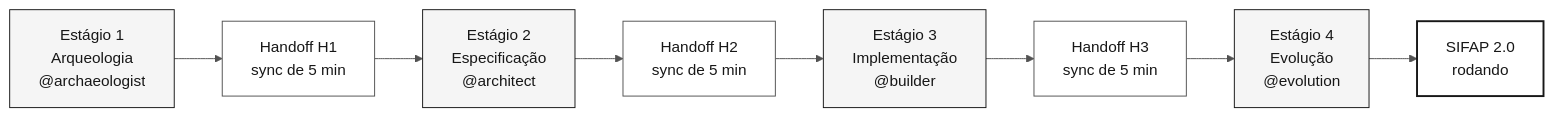
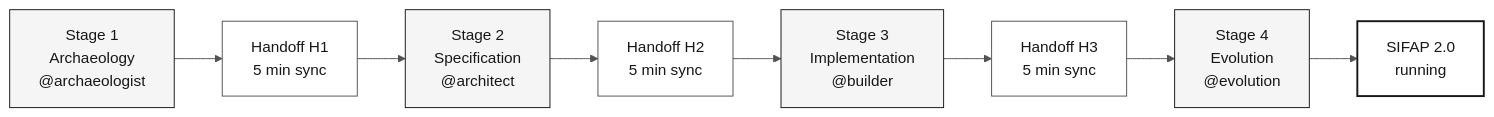
One commit to serpro-workshop-fortaleza/sifap-Heitor changed the diagram in README.md. Above: the diagram before and after it, drawn with Mermaid. The commit also changed other lines of this file and 365 other files, not shown here.

````diff
--- a/README.md
+++ b/README.md
@@ -57,18 +78,18 @@
 ```mermaid
 %%{init: {'theme':'neutral','themeVariables':{'fontFamily':'ui-sans-serif, system-ui, sans-serif','primaryColor':'#F5F5F5','primaryTextColor':'#171717','primaryBorderColor':'#171717','lineColor':'#525252','secondaryColor':'#FFFFFF','tertiaryColor':'#FAFAFA','background':'#FFFFFF'}}}%%
 flowchart LR
     classDef step fill:#F5F5F5,stroke:#171717,color:#171717
     classDef handoff fill:#FFFFFF,stroke:#525252,color:#171717
     classDef result fill:#FFFFFF,stroke:#171717,color:#171717,stroke-width:2px
 
-    E1["Estágio 1<br/>Arqueologia<br/>@archaeologist"]:::step
-    H1["Handoff H1<br/>sync de 5 min"]:::handoff
-    E2["Estágio 2<br/>Especificação<br/>@architect"]:::step
-    H2["Handoff H2<br/>sync de 5 min"]:::handoff
-    E3["Estágio 3<br/>Implementação<br/>@builder"]:::step
-    H3["Handoff H3<br/>sync de 5 min"]:::handoff
-    E4["Estágio 4<br/>Evolução<br/>@evolution"]:::step
-    R["SIFAP 2.0<br/>rodando"]:::result
+    E1["Stage 1<br/>Archaeology<br/>@archaeologist"]:::step
+    H1["Handoff H1<br/>5 min sync"]:::handoff
+    E2["Stage 2<br/>Specification<br/>@architect"]:::step
+    H2["Handoff H2<br/>5 min sync"]:::handoff
+    E3["Stage 3<br/>Implementation<br/>@builder"]:::step
+    H3["Handoff H3<br/>5 min sync"]:::handoff
+    E4["Stage 4<br/>Evolution<br/>@evolution"]:::step
+    R["SIFAP 2.0<br/>running"]:::result
 
     E1 --> H1 --> E2 --> H2 --> E3 --> H3 --> E4 --> R
 ```
````
